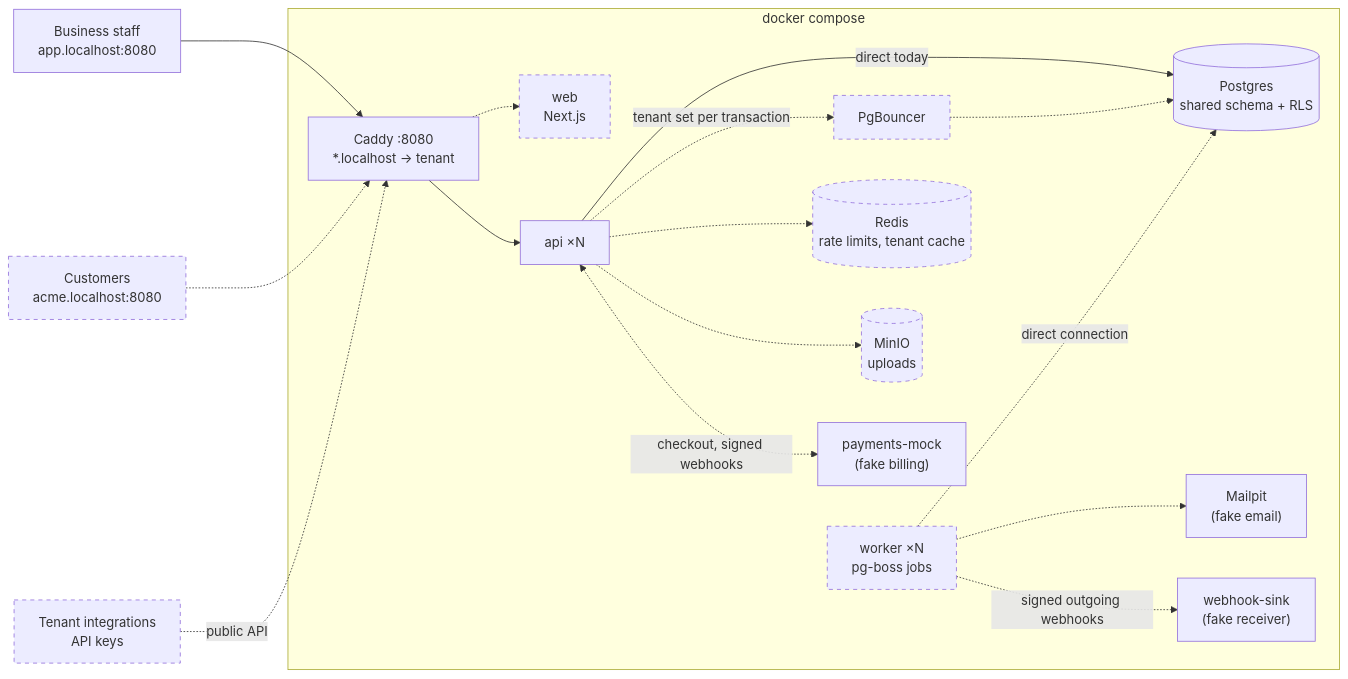
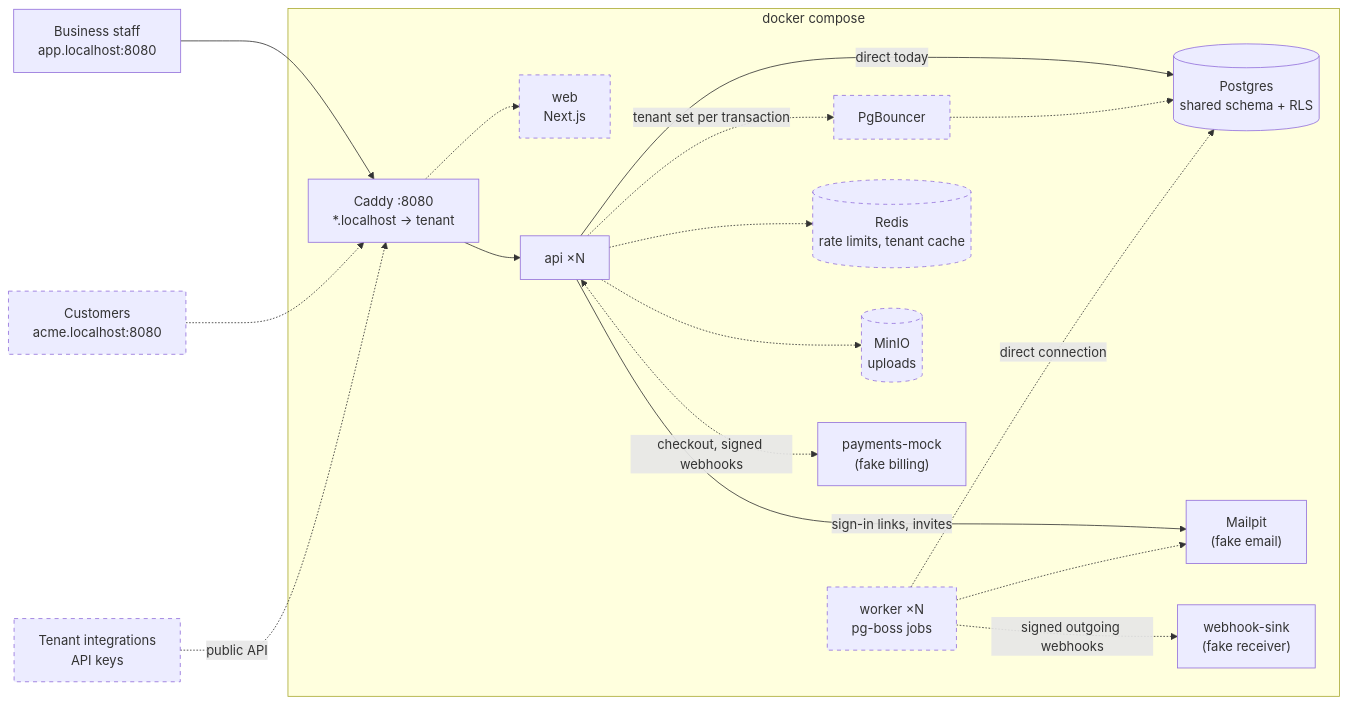
Before and after one commit to gonzalo-gigena/multitenant-saas: the diagram in README.md, drawn with Mermaid. The commit also changed other lines of this file and 18 other files, not shown here.

````diff
--- a/README.md
+++ b/README.md
@@ -80,35 +114,36 @@
 ```mermaid
 flowchart LR
   staff["Business staff<br/>app.localhost:8080"]
   customers["Customers<br/>acme.localhost:8080"]
   integrations["Tenant integrations<br/>API keys"]
   subgraph stack["docker compose"]
     caddy["Caddy :8080<br/>*.localhost → tenant"]
     web["web<br/>Next.js"]
     api["api ×N"]
     worker["worker ×N<br/>pg-boss jobs"]
     bouncer["PgBouncer"]
     db[("Postgres<br/>shared schema + RLS")]
     redis[("Redis<br/>rate limits, tenant cache")]
     minio[("MinIO<br/>uploads")]
     pay["payments-mock<br/>(fake billing)"]
     mail["Mailpit<br/>(fake email)"]
     sink["webhook-sink<br/>(fake receiver)"]
   end
   staff --> caddy
   customers -.-> caddy
   integrations -.->|"public API"| caddy
   caddy -.-> web
   caddy --> api
   api -->|"direct today"| db
   api -.->|"tenant set per transaction"| bouncer
   bouncer -.-> db
   worker -.->|"direct connection"| db
   api -.-> redis
   api -.-> minio
   api <-.->|"checkout, signed webhooks"| pay
+  api -->|"sign-in links, invites"| mail
   worker -.-> mail
   worker -.->|"signed outgoing webhooks"| sink
   class customers,integrations,web,worker,bouncer,redis,minio planned
   classDef planned stroke-dasharray: 5 5
 ```
````
